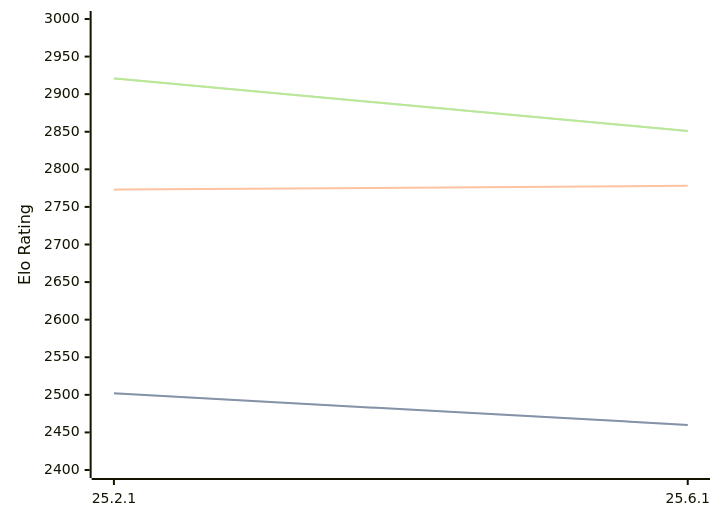
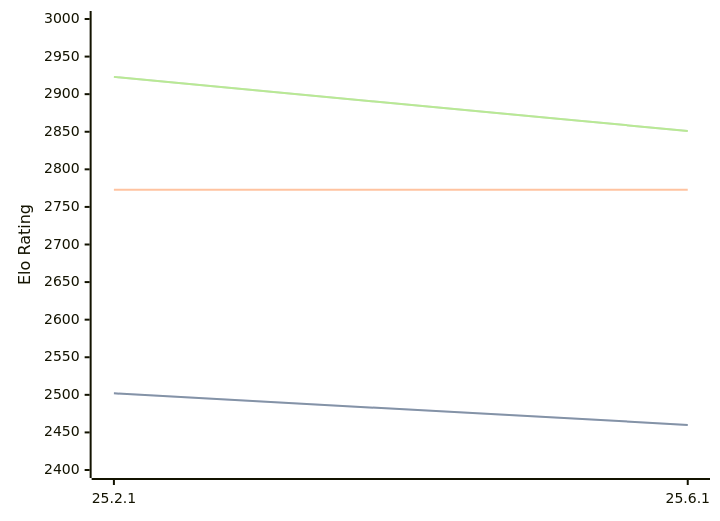
Before and after one commit to computer-chess-index/cci: the third of 3 diagrams in engines/Crafty.md, drawn with Mermaid. The commit also changed other lines of this file, not shown here.

Commit message:
Update CCI Ratings (ELO VLTC) - 2026-07-11

````diff
--- a/engines/Crafty.md
+++ b/engines/Crafty.md
@@ -65,11 +65,11 @@
 ```mermaid
 %%{init: {"theme":"base","themeVariables":{"seriesColors:['#a3a3a3','#222221','#faa371']}}}%%
 xychart-beta
   x-axis ["25.2.1", "25.6.1"]
   y-axis "Elo Rating" 2400 --> 3000
   line "STC (8.0+0.08s)" [2502, 2460]
   line "STC (8.0+0.08s)" [2502, 2460]
-  line "LTC (60.0+0.60s)" [2773, 2778]
-  line "VLTC (2m24s+1.12s)" [2921, 2851]
-  line "VLTC (2m24s+1.12s)" [2921, 2851]
+  line "LTC (60.0+0.60s)" [2773, 2773]
+  line "VLTC (2m24s+1.12s)" [2923, 2851]
+  line "VLTC (2m24s+1.12s)" [2923, 2851]
 ```
````
